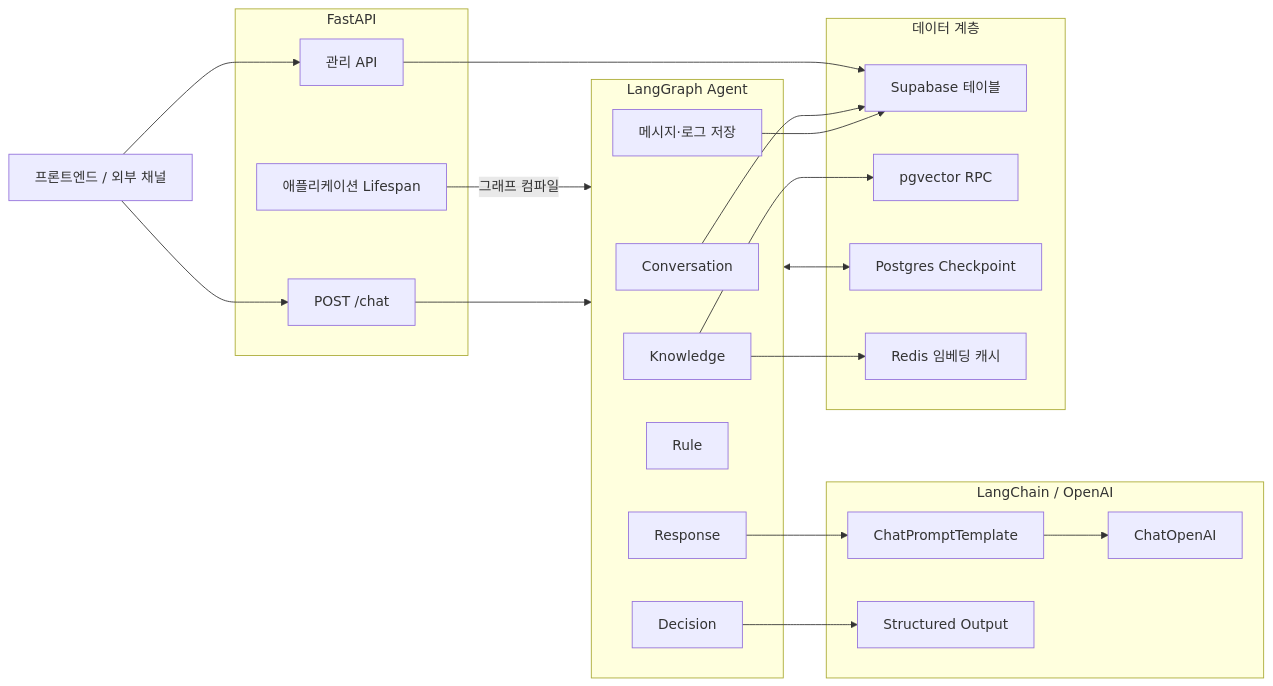
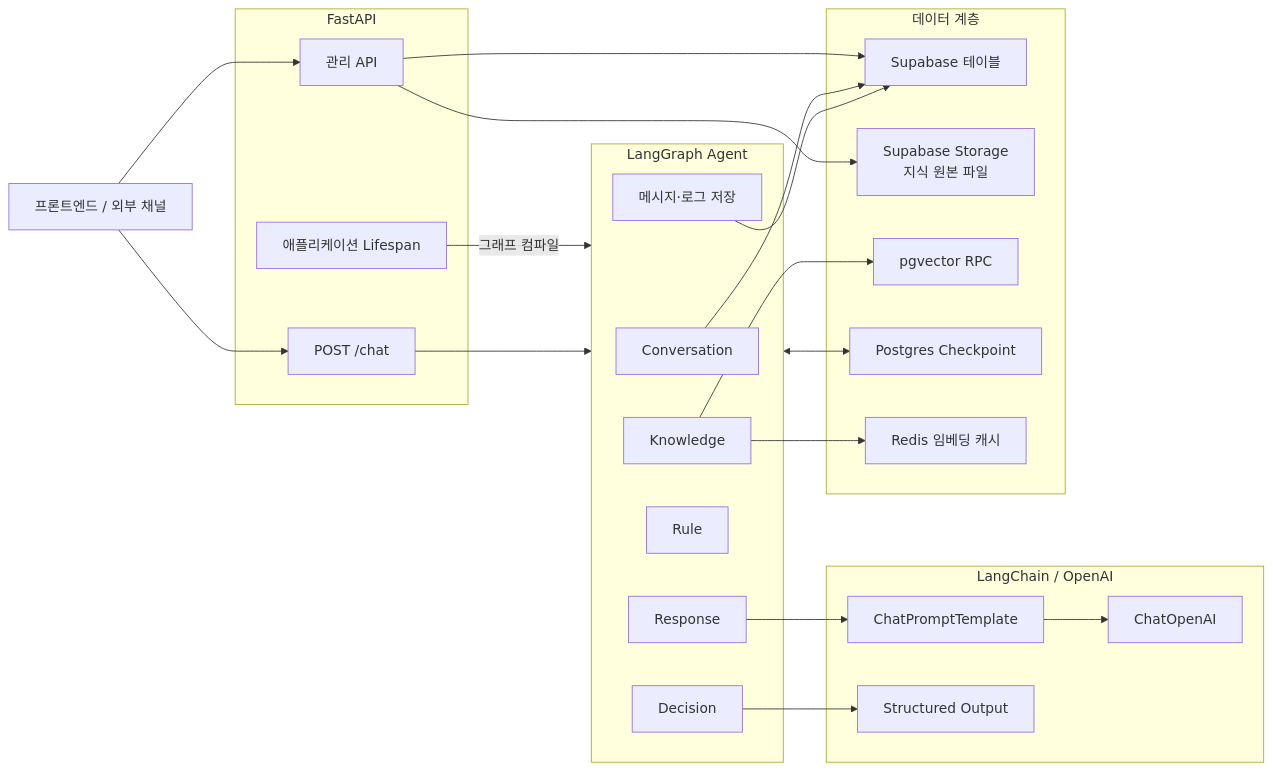
One commit to dbwltks/FrontAgent-Server-SPC2026 changed the first of 6 diagrams in docs/backend-architecture.md. Above: the diagram before and after it, drawn with Mermaid. The commit also changed other lines of this file and 14 other files, not shown here.

````diff
--- a/docs/backend-architecture.md
+++ b/docs/backend-architecture.md
@@ -37,45 +37,47 @@
 ```mermaid
 flowchart LR
     Client[프론트엔드 / 외부 채널]
 
     subgraph FastAPI[FastAPI]
         Chat[POST /chat]
         APIs[관리 API]
         Lifespan[애플리케이션 Lifespan]
     end
 
     subgraph LangGraph[LangGraph Agent]
         Conversation[Conversation]
         Decision[Decision]
         Knowledge[Knowledge]
         Rule[Rule]
         Response[Response]
         Persistence[메시지·로그 저장]
     end
 
     subgraph LangChain[LangChain / OpenAI]
         Prompt[ChatPromptTemplate]
         Model[ChatOpenAI]
         Structured[Structured Output]
     end
 
     subgraph Storage[데이터 계층]
         Supabase[Supabase 테이블]
+        ObjectStorage[Supabase Storage<br/>지식 원본 파일]
         Vector[pgvector RPC]
         Checkpoint[Postgres Checkpoint]
         Redis[Redis 임베딩 캐시]
     end
 
     Client --> Chat
     Client --> APIs
     Lifespan -->|그래프 컴파일| LangGraph
     Chat --> LangGraph
     Decision --> Structured
     Response --> Prompt --> Model
     Knowledge --> Redis
     Knowledge --> Vector
     LangGraph <--> Checkpoint
     APIs --> Supabase
+    APIs --> ObjectStorage
     Conversation --> Supabase
     Persistence --> Supabase
 ```
````
